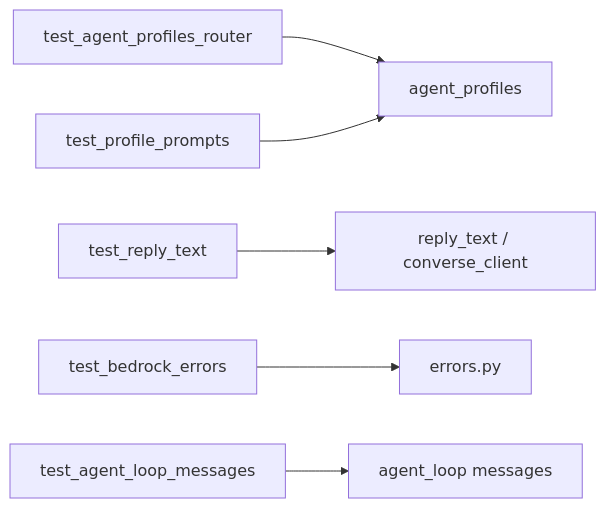
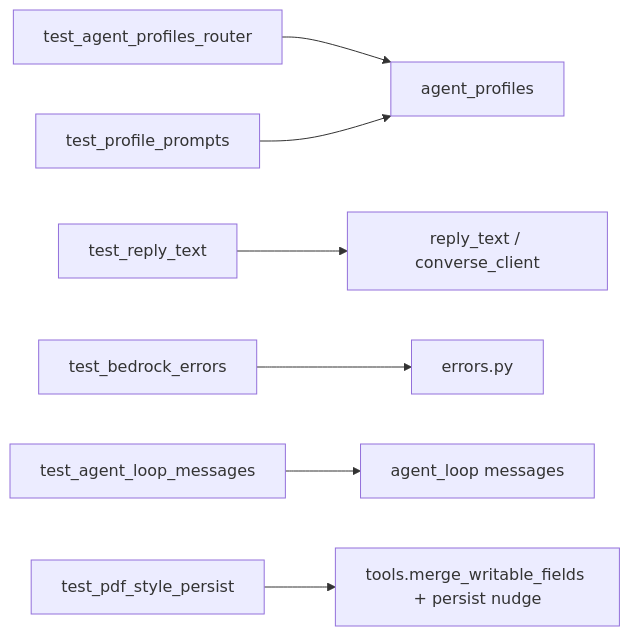
The diagram in api/tests/unit/bedrock/README.md (cjhirashi/cjhirashi-career), drawn with Mermaid before and after one commit. The commit also changed other lines of this file and 46 other files, not shown here.

````diff
--- a/api/tests/unit/bedrock/README.md
+++ b/api/tests/unit/bedrock/README.md
@@ -7,8 +7,9 @@
 ```mermaid
 flowchart LR
     T1[test_agent_profiles_router] --> Profiles[agent_profiles]
     T2[test_profile_prompts] --> Profiles
     T3[test_reply_text] --> Reply[reply_text / converse_client]
     T4[test_bedrock_errors] --> Errors[errors.py]
     T5[test_agent_loop_messages] --> Loop[agent_loop messages]
+    T6[test_pdf_style_persist] --> Tools[tools.merge_writable_fields + persist nudge]
 ```
````
